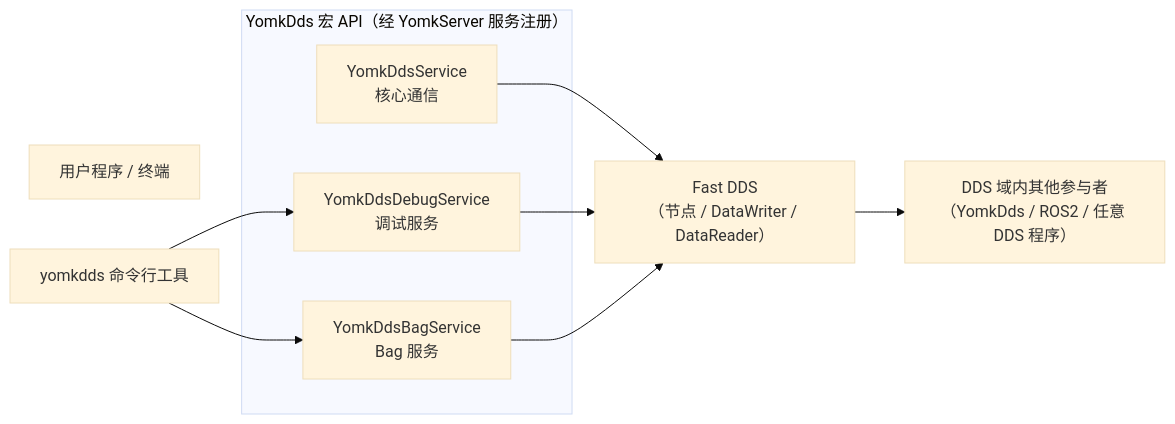
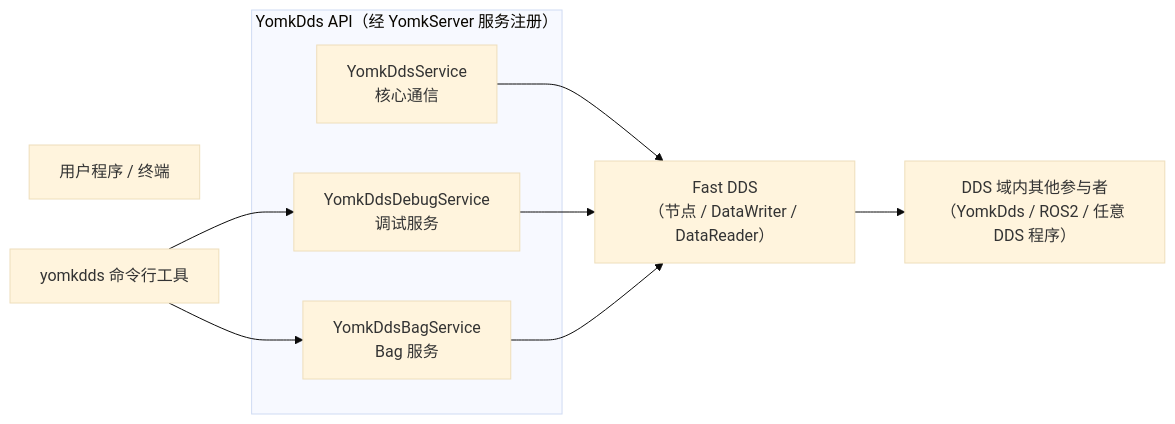
Before and after one commit to Solitude-5309/YomkDds: the diagram in docs/features/README.md, drawn with Mermaid (base theme). The commit also changed other lines of this file and 24 other files, not shown here.

````diff
--- a/docs/features/README.md
+++ b/docs/features/README.md
@@ -12,19 +12,19 @@
 ```mermaid
 flowchart LR
     U["用户程序 / 终端"]
 
-    subgraph YomkDds["YomkDds 宏 API（经 YomkServer 服务注册）"]
+    subgraph YomkDds["YomkDds API（经 YomkServer 服务注册）"]
         S1["YomkDdsService<br>核心通信"]
         S2["YomkDdsDebugService<br>调试服务"]
         S3["YomkDdsBagService<br>Bag 服务"]
     end
 
     CLI["yomkdds 命令行工具"]
 
     S1 --> D["Fast DDS<br>（节点 / DataWriter / DataReader）"]
     S2 --> D
     S3 --> D
     CLI --> S2
     CLI --> S3
     D --> N["DDS 域内其他参与者<br>（YomkDds / ROS2 / 任意 DDS 程序）"]
 ```
````
